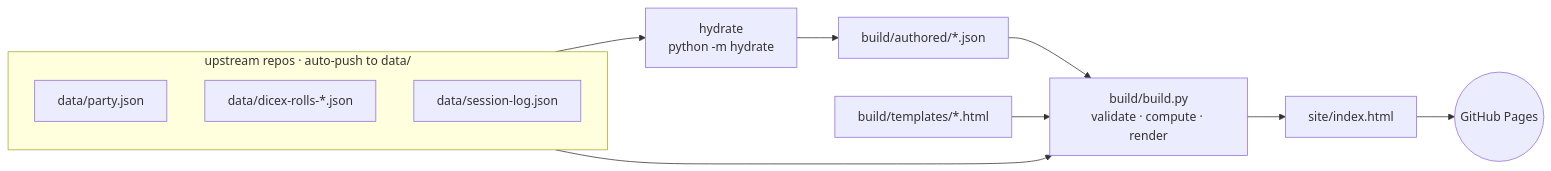
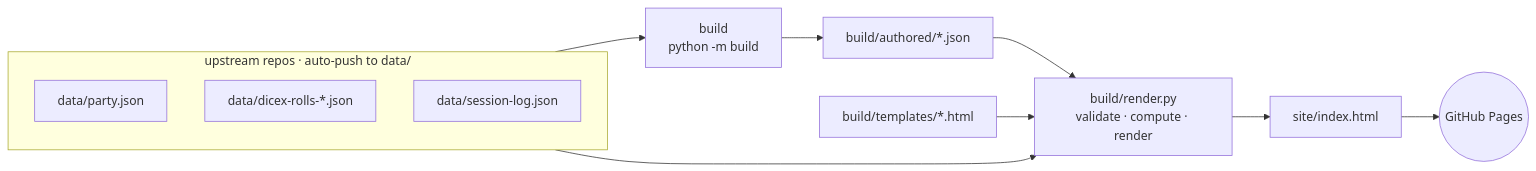
The first of 2 diagrams in README.md (abottchen/dnd-data), drawn with Mermaid before and after one commit. The commit also changed other lines of this file and 20 other files, not shown here.

First line of the commit message:
(refactor) Merge hydrate/ into build package

````diff
--- a/README.md
+++ b/README.md
@@ -15,16 +15,16 @@
 ```mermaid
 flowchart LR
     subgraph up [upstream repos · auto-push to data/]
       direction TB
       P1[data/party.json]
       P2[data/dicex-rolls-*.json]
       P3[data/session-log.json]
     end
-    up --> H["hydrate<br/>python -m hydrate"]
-    H --> A[build/authored/*.json]
-    up --> B
-    A --> B
-    T[build/templates/*.html] --> B
-    B["build/build.py<br/>validate · compute · render"] --> I[site/index.html]
+    up --> O["build<br/>python -m build"]
+    O --> A[build/authored/*.json]
+    up --> R
+    A --> R
+    T[build/templates/*.html] --> R
+    R["build/render.py<br/>validate · compute · render"] --> I[site/index.html]
     I --> GH((GitHub Pages))
 ```
````
